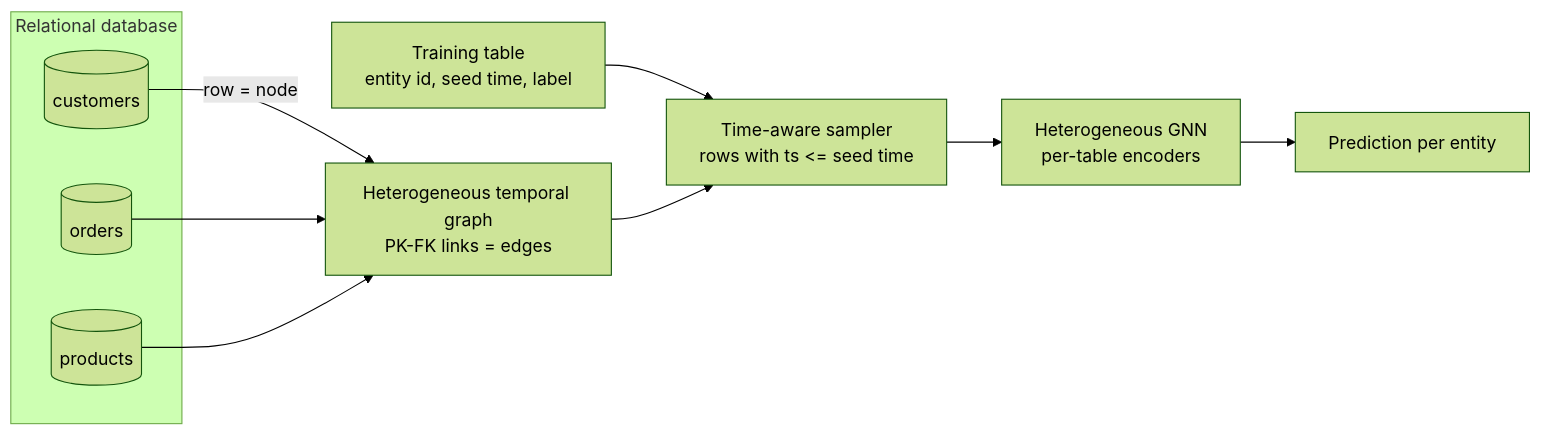
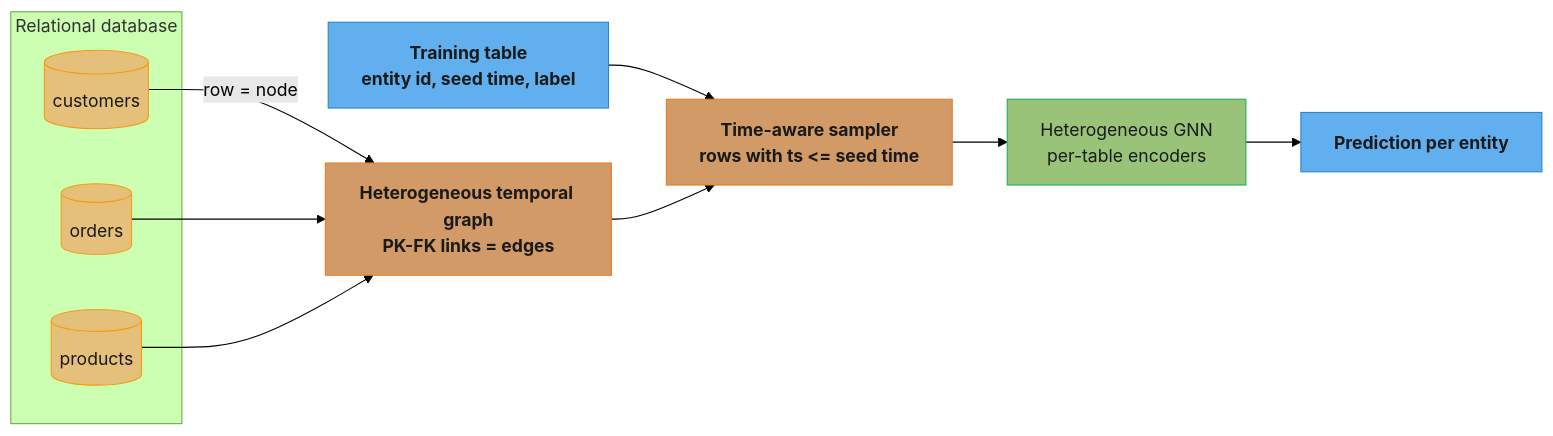
The first of 6 diagrams in src/main/java/com/rutik/systemdesign/ml/graph_neural_networks/graph_neural_networks.md (rppol/system-design), drawn with Mermaid (forest theme) before and after one commit. The commit also changed other lines of this file and 38 other files, not shown here.

````diff
--- a/src/main/java/com/rutik/systemdesign/ml/graph_neural_networks/graph_neural_networks.md
+++ b/src/main/java/com/rutik/systemdesign/ml/graph_neural_networks/graph_neural_networks.md
@@ -345,15 +345,28 @@
 ```mermaid
 flowchart LR
+    classDef io      fill:#61afef,stroke:#2e86c1,color:#1a1a1a,font-weight:bold
+    classDef frozen  fill:#c678dd,stroke:#9b59b6,color:#fff
+    classDef train   fill:#98c379,stroke:#27ae60,color:#1a1a1a
+    classDef mathOp  fill:#d19a66,stroke:#e67e22,color:#1a1a1a,font-weight:bold
+    classDef lossN   fill:#e06c75,stroke:#c0392b,color:#fff,font-weight:bold
+    classDef req     fill:#56b6c2,stroke:#0097a7,color:#1a1a1a
+    classDef base    fill:#e5c07b,stroke:#f39c12,color:#1a1a1a
+
     subgraph DB[Relational database]
         C[(customers)]
         O[(orders)]
         P[(products)]
     end
     C -->|row = node| G[Heterogeneous temporal graph<br/>PK-FK links = edges]
     O --> G
     P --> G
     T[Training table<br/>entity id, seed time, label] --> S[Time-aware sampler<br/>rows with ts <= seed time]
     G --> S
     S --> H[Heterogeneous GNN<br/>per-table encoders]
     H --> Y[Prediction per entity]
+
+    class C,O,P base
+    class G,S mathOp
+    class T,Y io
+    class H train
 ```
````
